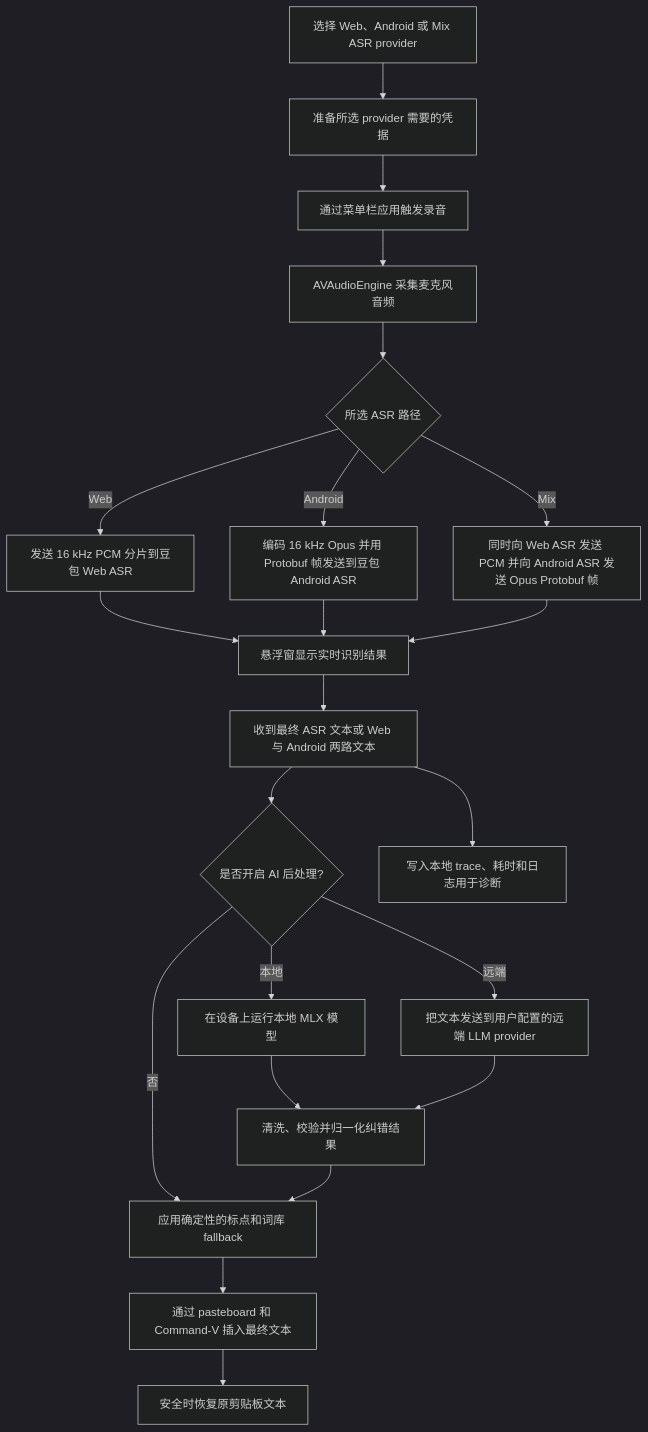
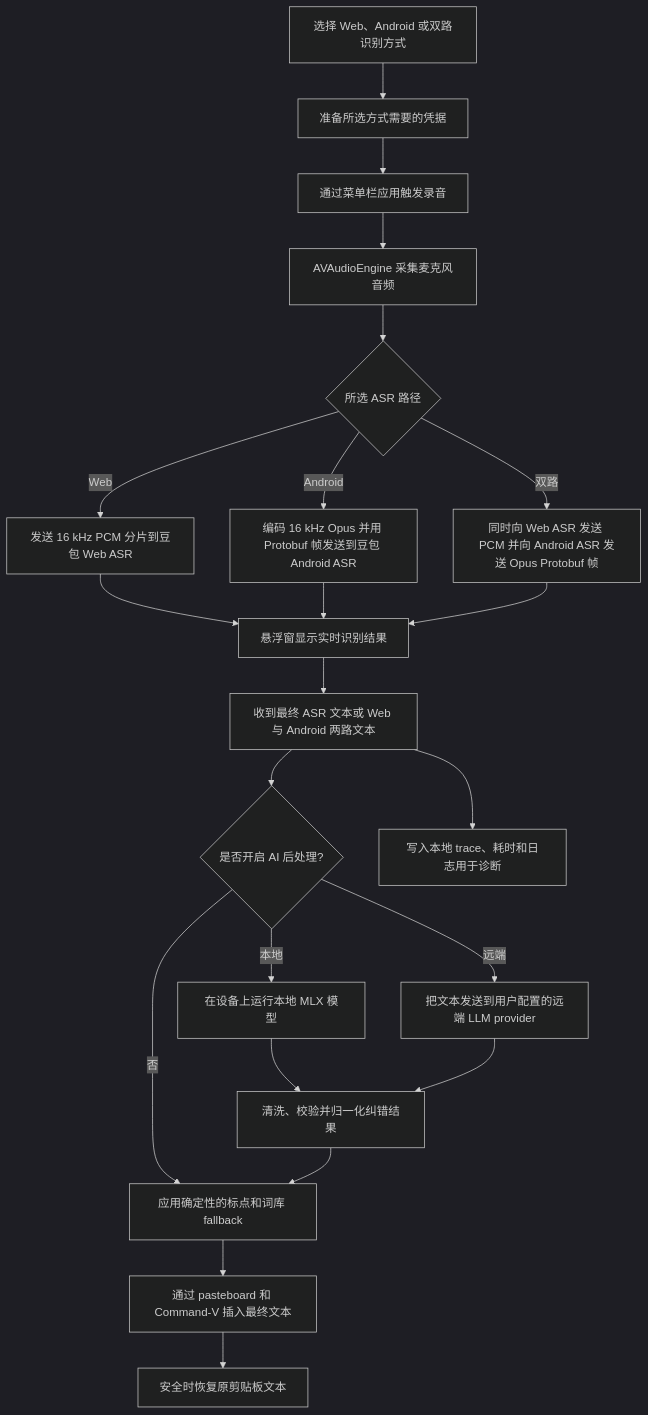
One commit to rhinoc/douvo changed the diagram in README.zh.md. Above: the diagram before and after it, drawn with Mermaid (dark theme). The commit also changed other lines of this file and 23 other files, not shown here.

````diff
--- a/README.zh.md
+++ b/README.zh.md
@@ -100,24 +100,24 @@
 ```mermaid
 flowchart TD
-    A[选择 Web、Android 或 Mix ASR provider] --> B[准备所选 provider 需要的凭据]
+    A[选择 Web、Android 或双路识别方式] --> B[准备所选方式需要的凭据]
     B --> C[通过菜单栏应用触发录音]
     C --> D[AVAudioEngine 采集麦克风音频]
     D --> E{所选 ASR 路径}
     E -- Web --> F[发送 16 kHz PCM 分片到豆包 Web ASR]
     E -- Android --> G[编码 16 kHz Opus 并用 Protobuf 帧发送到豆包 Android ASR]
-    E -- Mix --> H[同时向 Web ASR 发送 PCM 并向 Android ASR 发送 Opus Protobuf 帧]
+    E -- 双路 --> H[同时向 Web ASR 发送 PCM 并向 Android ASR 发送 Opus Protobuf 帧]
     F --> I[悬浮窗显示实时识别结果]
     G --> I
     H --> I
     I --> J[收到最终 ASR 文本或 Web 与 Android 两路文本]
     J --> K{是否开启 AI 后处理?}
     K -- 否 --> O[应用确定性的标点和词库 fallback]
     K -- 本地 --> L[在设备上运行本地 MLX 模型]
     K -- 远端 --> M[把文本发送到用户配置的远端 LLM provider]
     L --> N[清洗、校验并归一化纠错结果]
     M --> N
     N --> O
     O --> P[通过 pasteboard 和 Command-V 插入最终文本]
     P --> Q[安全时恢复原剪贴板文本]
     J --> R[写入本地 trace、耗时和日志用于诊断]
 ```
````
